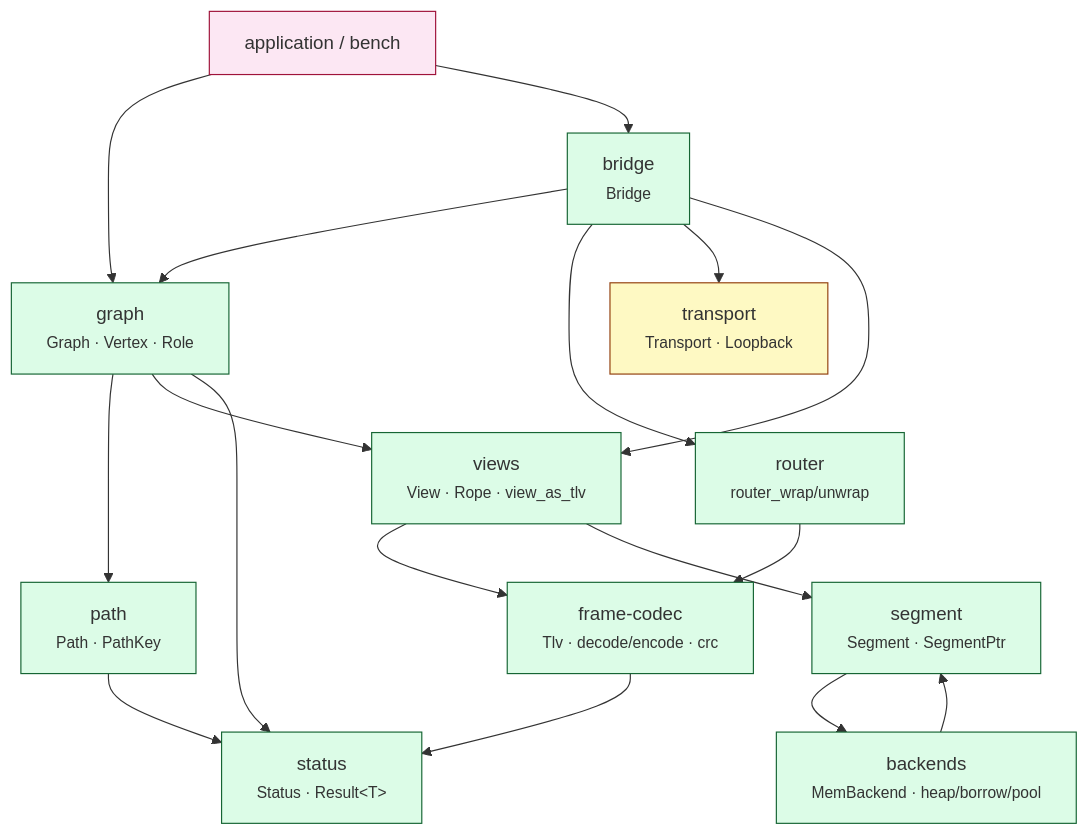
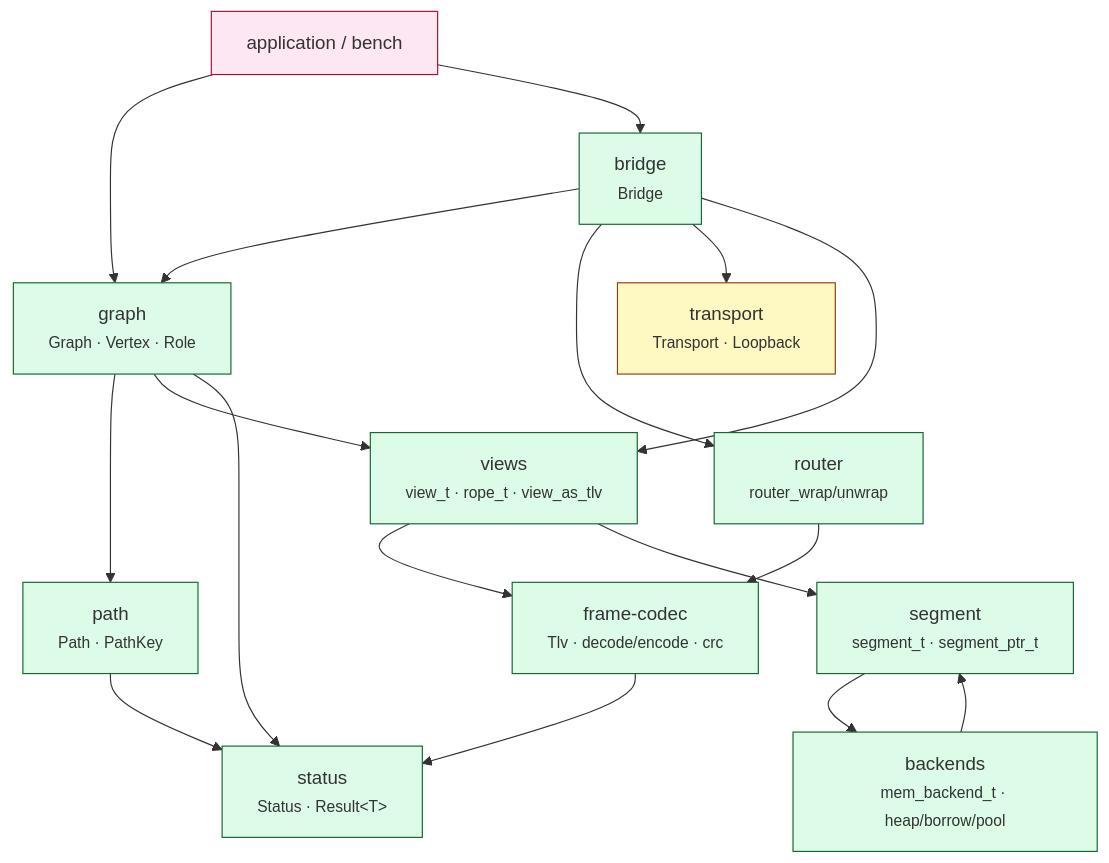
The first of 2 diagrams in docs/modules/interface-map.md (avatarsd-llc/libtracer), drawn with Mermaid before and after one commit. The commit also changed other lines of this file and 9 other files, not shown here.

````diff
--- a/docs/modules/interface-map.md
+++ b/docs/modules/interface-map.md
@@ -10,37 +10,37 @@
 ```{mermaid}
 flowchart TD
     APP["application / bench"]:::app
     GRAPH["graph<br/><small>Graph · Vertex · Role</small>"]
     PATH["path<br/><small>Path · PathKey</small>"]
     BRIDGE["bridge<br/><small>Bridge</small>"]
     ROUTER["router<br/><small>router_wrap/unwrap</small>"]
     TRANSPORT["transport<br/><small>Transport · Loopback</small>"]
     FRAME["frame-codec<br/><small>Tlv · decode/encode · crc</small>"]
-    VIEWS["views<br/><small>View · Rope · view_as_tlv</small>"]
-    SEG["segment<br/><small>Segment · SegmentPtr</small>"]
-    BACK["backends<br/><small>MemBackend · heap/borrow/pool</small>"]
+    VIEWS["views<br/><small>view_t · rope_t · view_as_tlv</small>"]
+    SEG["segment<br/><small>segment_t · segment_ptr_t</small>"]
+    BACK["backends<br/><small>mem_backend_t · heap/borrow/pool</small>"]
     STATUS["status<br/><small>Status · Result&lt;T&gt;</small>"]
 
     APP --> GRAPH
     APP --> BRIDGE
     GRAPH --> PATH
     GRAPH --> VIEWS
     GRAPH --> STATUS
     BRIDGE --> GRAPH
     BRIDGE --> ROUTER
     BRIDGE --> TRANSPORT
     BRIDGE --> VIEWS
     ROUTER --> FRAME
     VIEWS --> FRAME
     VIEWS --> SEG
     FRAME --> STATUS
     SEG --> BACK
     BACK --> SEG
     PATH --> STATUS
 
     classDef app fill:#fce7f3,stroke:#9f1239;
     classDef done fill:#dcfce7,stroke:#166534;
     classDef next fill:#fef9c3,stroke:#92400e;
     class GRAPH,PATH,BRIDGE,ROUTER,FRAME,VIEWS,SEG,BACK,STATUS done;
     class TRANSPORT next;
 ```
````
